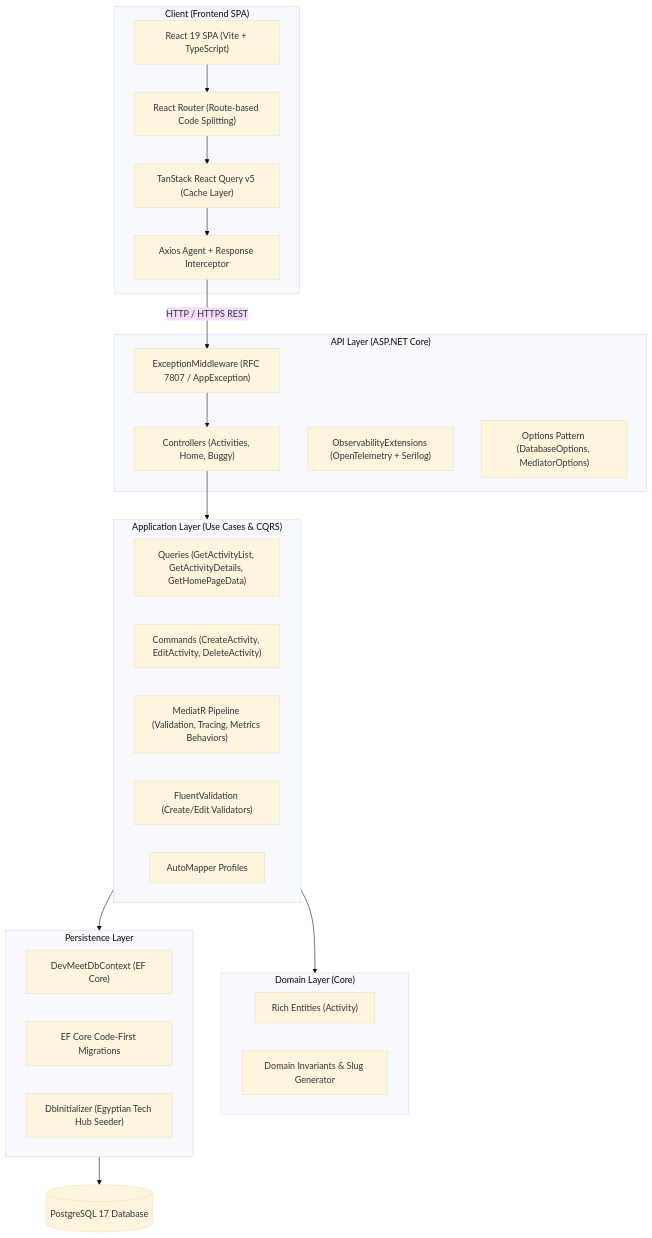
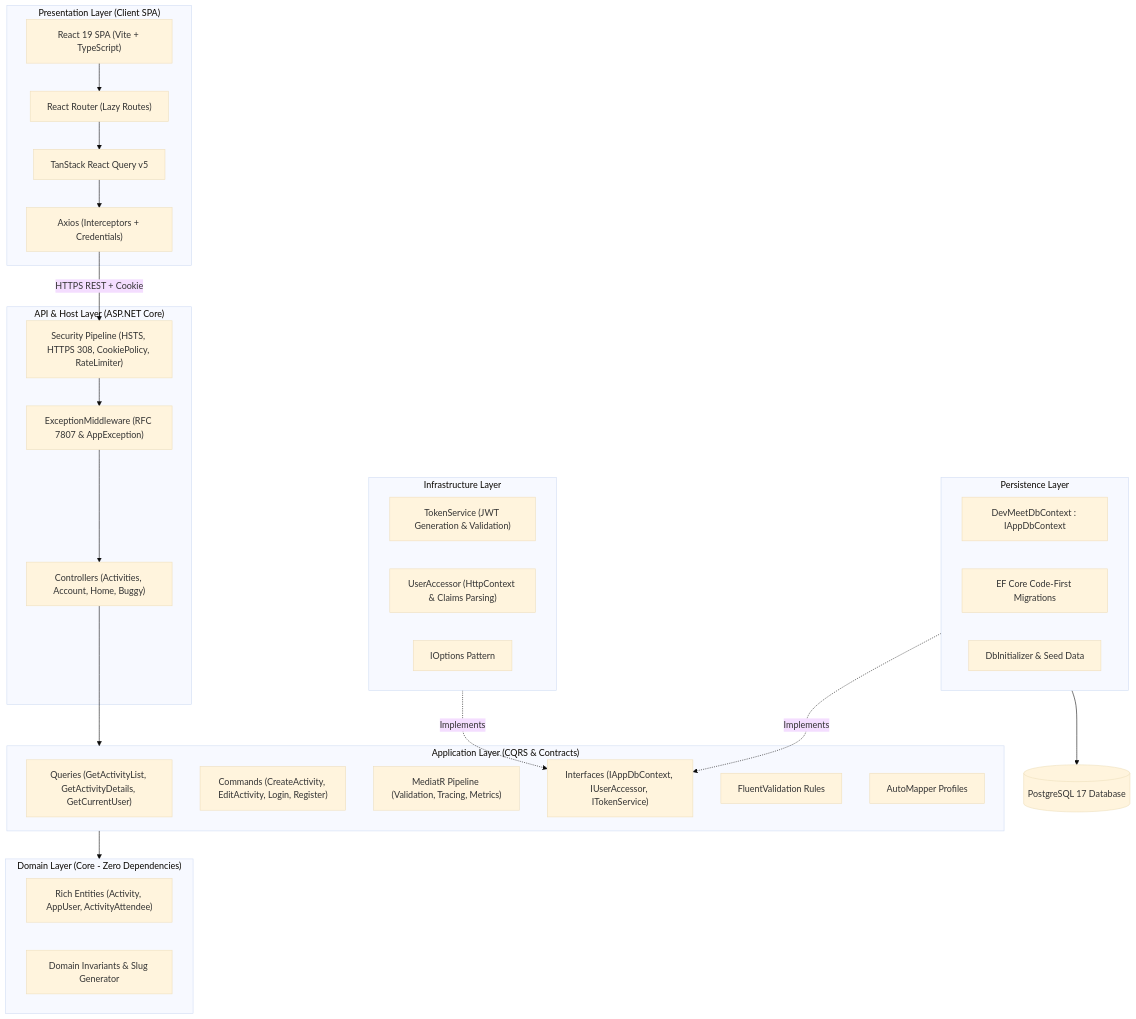
One commit to ahmed-Basal/Event-Hub changed the first of 5 diagrams in README.md. Above: the diagram before and after it, drawn with Mermaid (base theme). The commit also changed other lines of this file and 7 other files, not shown here.

Commit message:
feat: implement account controller, security extensions, and user context accessor infrastructure

````diff
--- a/README.md
+++ b/README.md
@@ -80,45 +148,52 @@
 ```mermaid
 graph TD
-    subgraph UI ["Client (Frontend SPA)"]
+    subgraph UI ["Presentation Layer (Client SPA)"]
         React["React 19 SPA (Vite + TypeScript)"]
-        Router["React Router (Route-based Code Splitting)"]
-        TanStack["TanStack React Query v5 (Cache Layer)"]
-        Axios["Axios Agent + Response Interceptor"]
+        Router["React Router (Lazy Routes)"]
+        TanStack["TanStack React Query v5"]
+        Axios["Axios (Interceptors + Credentials)"]
         React --> Router --> TanStack --> Axios
     end
 
-    subgraph API_Layer ["API Layer (ASP.NET Core)"]
-        Controllers["Controllers (Activities, Home, Buggy)"]
-        Middleware["ExceptionMiddleware (RFC 7807 / AppException)"]
-        Observability["ObservabilityExtensions (OpenTelemetry + Serilog)"]
-        OptionsPattern["Options Pattern (DatabaseOptions, MediatorOptions)"]
+    subgraph API_Layer ["API & Host Layer (ASP.NET Core)"]
+        Controllers["Controllers (Activities, Account, Home, Buggy)"]
+        SecMiddleware["Security Pipeline (HSTS, HTTPS 308, CookiePolicy, RateLimiter)"]
+        ExceptionMW["ExceptionMiddleware (RFC 7807 & AppException)"]
+        SecMiddleware --> ExceptionMW --> Controllers
     end
 
-    subgraph App_Layer ["Application Layer (Use Cases & CQRS)"]
-        Queries["Queries (GetActivityList, GetActivityDetails, GetHomePageData)"]
-        Commands["Commands (CreateActivity, EditActivity, DeleteActivity)"]
-        Pipeline["MediatR Pipeline (Validation, Tracing, Metrics Behaviors)"]
-        Validators["FluentValidation (Create/Edit Validators)"]
+    subgraph App_Layer ["Application Layer (CQRS & Contracts)"]
+        Queries["Queries (GetActivityList, GetActivityDetails, GetCurrentUser)"]
+        Commands["Commands (CreateActivity, EditActivity, Login, Register)"]
+        Pipeline["MediatR Pipeline (Validation, Tracing, Metrics)"]
+        Interfaces["Interfaces (IAppDbContext, IUserAccessor, ITokenService)"]
+        Validators["FluentValidation Rules"]
         AutoMapper["AutoMapper Profiles"]
     end
 
-    subgraph Domain_Layer ["Domain Layer (Core)"]
-        Entities["Rich Entities (Activity)"]
-        Invariants["Domain Invariants & Slug Generator"]
+    subgraph Infra_Layer ["Infrastructure Layer"]
+        TokenSvc["TokenService (JWT Generation & Validation)"]
+        UserAcc["UserAccessor (HttpContext & Claims Parsing)"]
+        JwtOpts["IOptions<JwtOptions> Pattern"]
     end
 
     subgraph Persist_Layer ["Persistence Layer"]
-        DbContext["DevMeetDbContext (EF Core)"]
+        DbContext["DevMeetDbContext : IAppDbContext"]
         Migrations["EF Core Code-First Migrations"]
-        DbInit["DbInitializer (Egyptian Tech Hub Seeder)"]
+        DbInit["DbInitializer & Seed Data"]
+    end
+
+    subgraph Domain_Layer ["Domain Layer (Core - Zero Dependencies)"]
+        Entities["Rich Entities (Activity, AppUser, ActivityAttendee)"]
+        Invariants["Domain Invariants & Slug Generator"]
     end
 
     Database[("PostgreSQL 17 Database")]
 
-    Axios -->|"HTTP / HTTPS REST"| Middleware
-    Middleware --> Controllers
+    Axios -->|"HTTPS REST + Cookie"| SecMiddleware
     Controllers --> App_Layer
     App_Layer --> Domain_Layer
-    App_Layer --> Persist_Layer
+    Persist_Layer -.->|"Implements"| Interfaces
+    Infra_Layer -.->|"Implements"| Interfaces
     Persist_Layer --> Database
 ```
````
